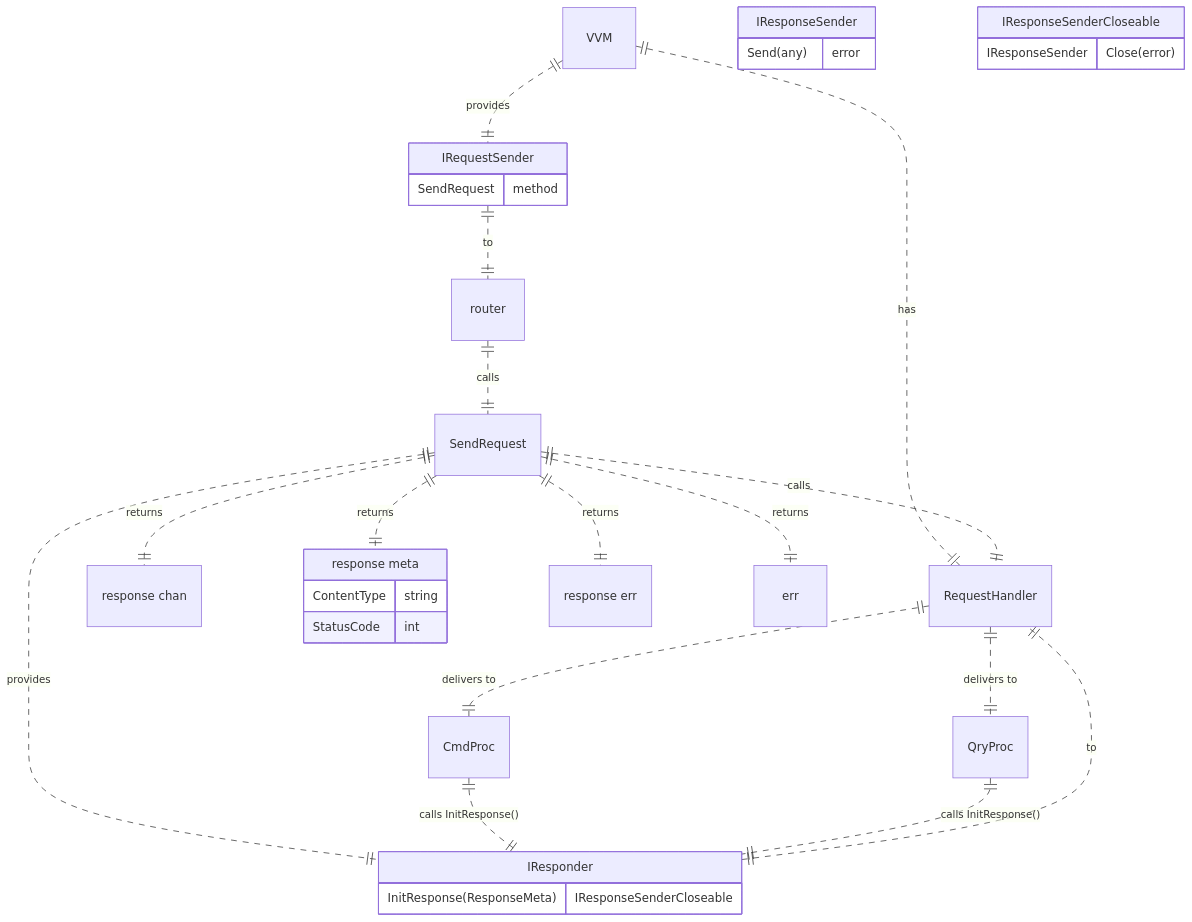
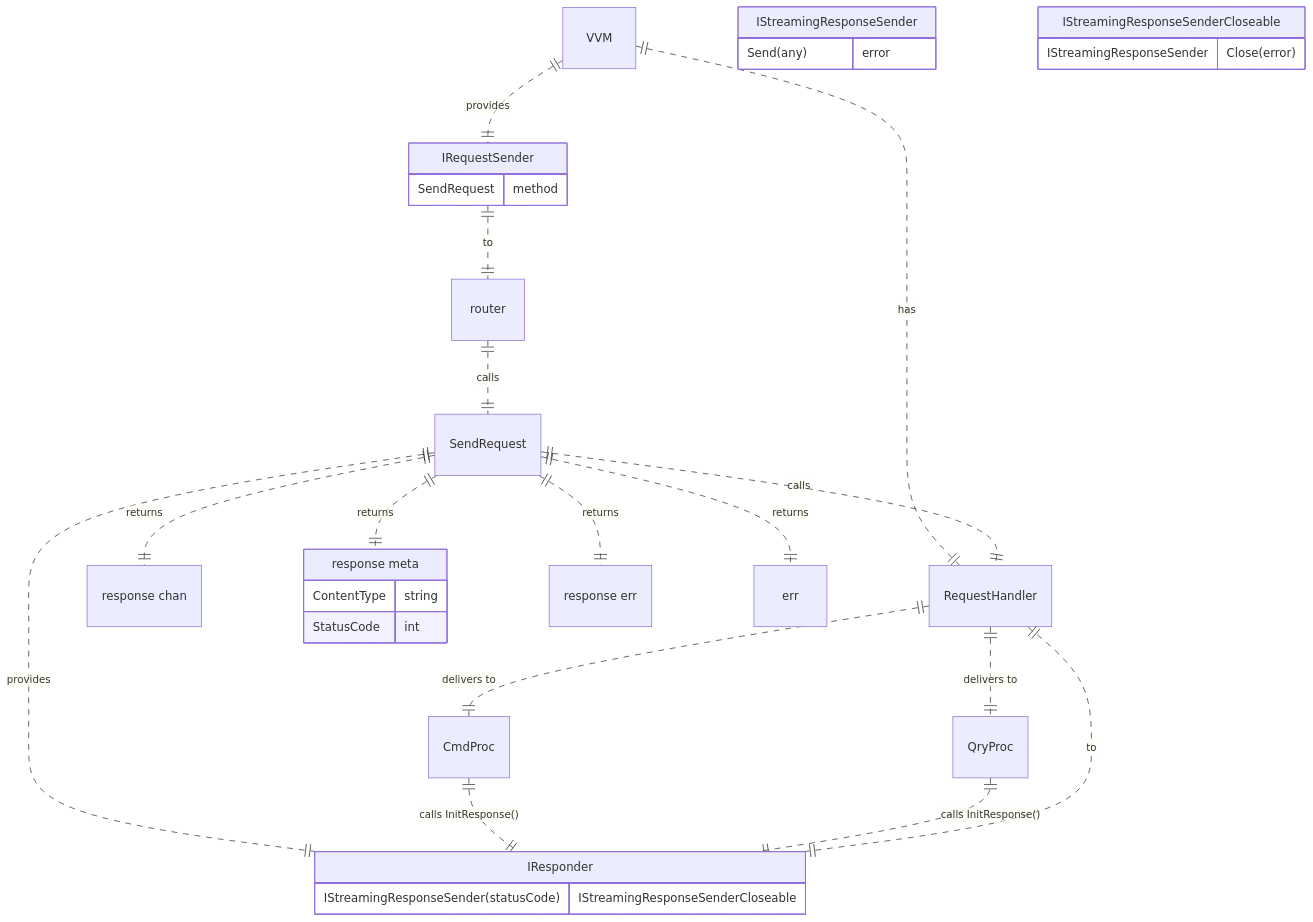
Before and after one commit to voedger/voedger: the second of 2 diagrams in pkg/bus/README.md, drawn with Mermaid. The commit also changed other lines of this file and 19 other files, not shown here.

````diff
--- a/pkg/bus/README.md
+++ b/pkg/bus/README.md
@@ -32,37 +46,37 @@
 ```mermaid
 erDiagram
-	VVM ||..|| IRequestSender: provides
-	VVM ||..|| RequestHandler: has
-	IRequestSender ||..|| router: "to"
-	router ||..|| SendRequest: calls
-	SendRequest ||..|| "response chan": returns
-	SendRequest ||..|| "response meta": returns
-	SendRequest ||..|| "response err": returns
-	SendRequest ||..|| "err": returns
-	SendRequest ||..|| RequestHandler: calls
-	SendRequest ||..|| IResponder: provides
-	IResponder ||..|| RequestHandler: "to"
-	RequestHandler ||..|| CmdProc: "delivers to"
-	RequestHandler ||..|| QryProc: "delivers to"
-	CmdProc ||..|| IResponder: "calls InitResponse()"
-	QryProc ||..|| IResponder: "calls InitResponse()"
-	"response meta" {
-		ContentType string
-		StatusCode int
-	}
-	IRequestSender {
-		SendRequest method
-	}
-	IResponder {
-		InitResponse(ResponseMeta) IResponseSenderCloseable
-	}
+  VVM ||..|| IRequestSender: provides
+  VVM ||..|| RequestHandler: has
+  IRequestSender ||..|| router: "to"
+  router ||..|| SendRequest: calls
+  SendRequest ||..|| "response chan": returns
+  SendRequest ||..|| "response meta": returns
+  SendRequest ||..|| "response err": returns
+  SendRequest ||..|| "err": returns
+  SendRequest ||..|| RequestHandler: calls
+  SendRequest ||..|| IResponder: provides
+  IResponder ||..|| RequestHandler: "to"
+  RequestHandler ||..|| CmdProc: "delivers to"
+  RequestHandler ||..|| QryProc: "delivers to"
+  CmdProc ||..|| IResponder: "calls InitResponse()"
+  QryProc ||..|| IResponder: "calls InitResponse()"
+  "response meta" {
+    ContentType string
+    StatusCode int
+  }
+  IRequestSender {
+    SendRequest method
+  }
+  IResponder {
+    IStreamingResponseSender(statusCode) IStreamingResponseSenderCloseable
+  }
 
-	IResponseSender {
-		Send(any) error
-	}
+  IStreamingResponseSender {
+    Send(any) error
+  }
 
-	IResponseSenderCloseable {
-		IResponseSender
-		Close(error)
-	}
+  IStreamingResponseSenderCloseable {
+    IStreamingResponseSender
+    Close(error)
+  }
 ```
````
